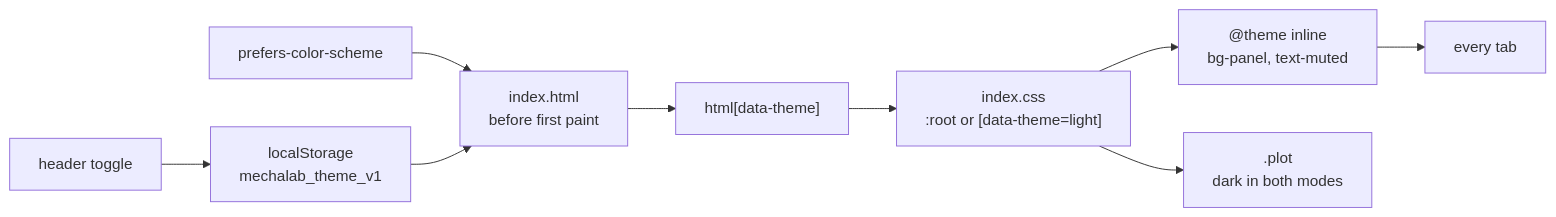
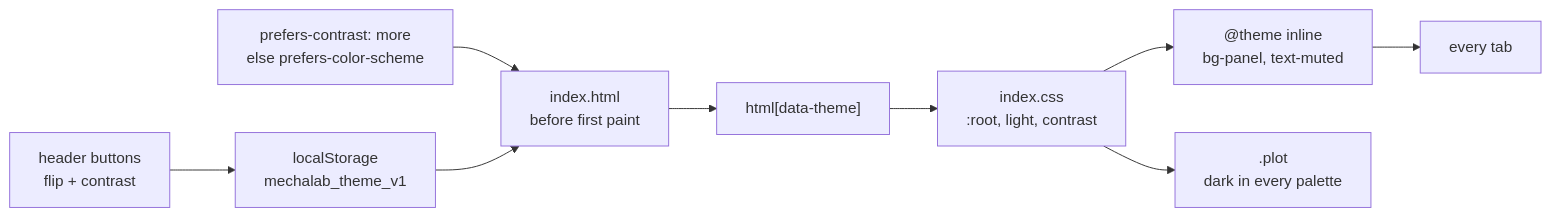
Before and after one commit to TLE47/Mechatronics-Roadmap: the diagram in docs/THEME.md, drawn with Mermaid. The commit also changed other lines of this file and 20 other files, not shown here.

First line of the commit message:
Give the reader who asked for contrast a palette

````diff
--- a/docs/THEME.md
+++ b/docs/THEME.md
@@ -13,11 +14,11 @@
 ```mermaid
 flowchart LR
-    OS["prefers-color-scheme"] --> Pre["index.html<br/>before first paint"]
+    OS["prefers-contrast: more<br/>else prefers-color-scheme"] --> Pre["index.html<br/>before first paint"]
     Stored["localStorage<br/>mechalab_theme_v1"] --> Pre
-    Toggle["header toggle"] --> Stored
+    Toggle["header buttons<br/>flip + contrast"] --> Stored
     Pre --> Attr["html[data-theme]"]
-    Attr --> Tokens["index.css<br/>:root or [data-theme=light]"]
+    Attr --> Tokens["index.css<br/>:root, light, contrast"]
     Tokens --> Families["@theme inline<br/>bg-panel, text-muted"]
     Families --> Tabs["every tab"]
-    Tokens --> Plot[".plot<br/>dark in both modes"]
+    Tokens --> Plot[".plot<br/>dark in every palette"]
 ```
````
